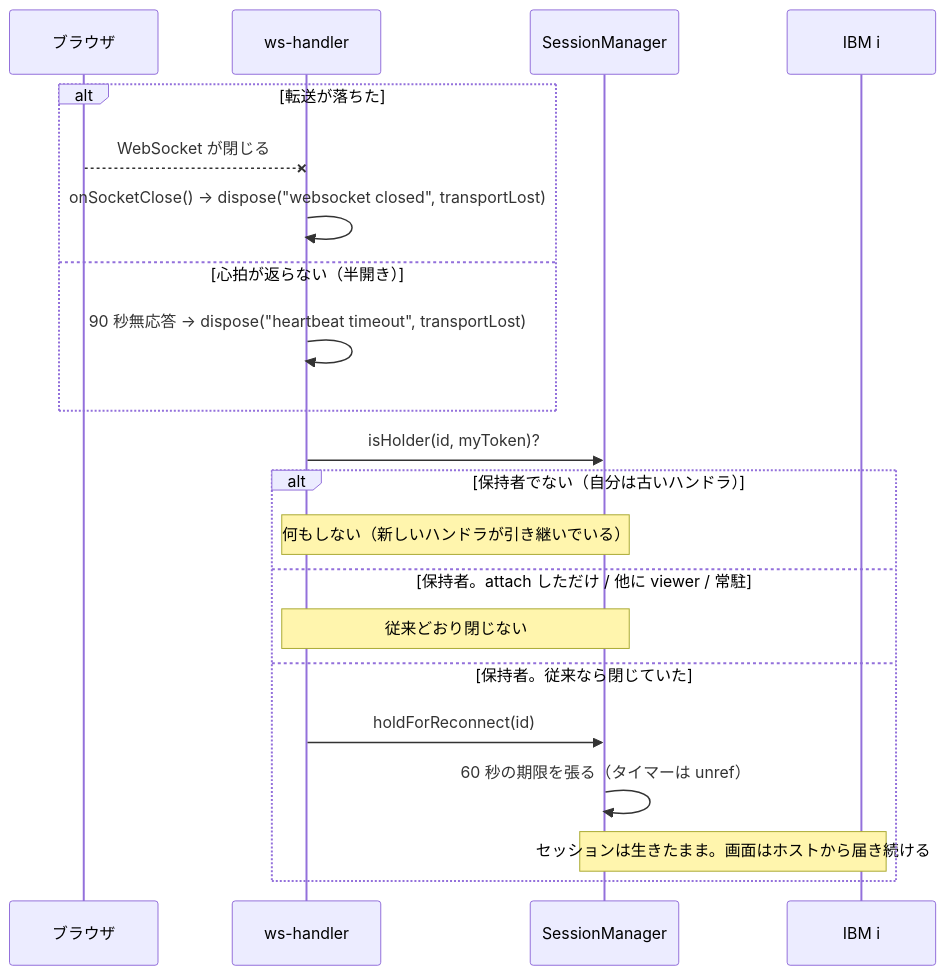
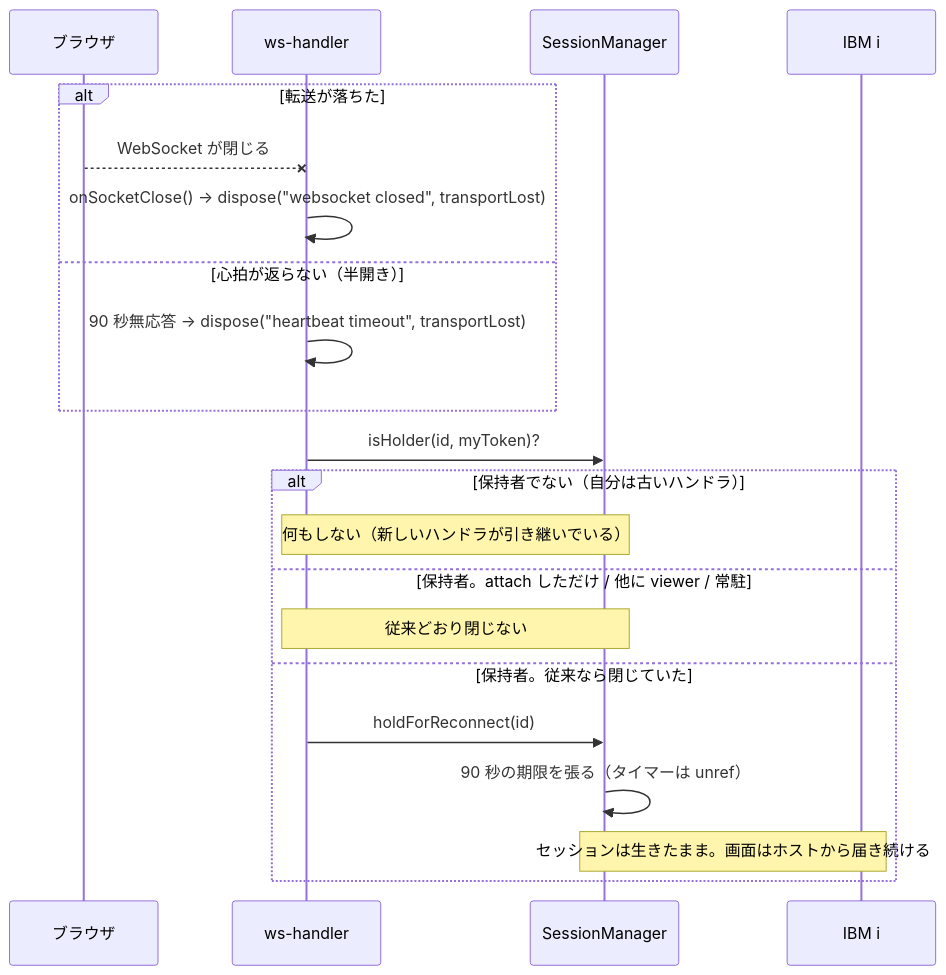
One commit to asaomaro/ts5250 changed the first of 2 diagrams in .aidev/works/20260908-session-survives-disconnect/design.md. Above: the diagram before and after it, drawn with Mermaid. The commit also changed other lines of this file and 7 other files, not shown here.

````diff
--- a/.aidev/works/20260908-session-survives-disconnect/design.md
+++ b/.aidev/works/20260908-session-survives-disconnect/design.md
@@ -133,23 +134,23 @@
 ```mermaid
 sequenceDiagram
   participant B as ブラウザ
   participant H as ws-handler
   participant M as SessionManager
   participant I as IBM i
   alt 転送が落ちた
     B--xH: WebSocket が閉じる
     H->>H: onSocketClose() → dispose("websocket closed", transportLost)
   else 心拍が返らない（半開き）
     H->>H: 90 秒無応答 → dispose("heartbeat timeout", transportLost)
   end
   H->>M: isHolder(id, myToken)?
   alt 保持者でない（自分は古いハンドラ）
     Note over H,M: 何もしない（新しいハンドラが引き継いでいる）
   else 保持者。attach しただけ / 他に viewer / 常駐
     Note over H,M: 従来どおり閉じない
   else 保持者。従来なら閉じていた
     H->>M: holdForReconnect(id)
-    M->>M: 60 秒の期限を張る（タイマーは unref）
+    M->>M: 90 秒の期限を張る（タイマーは unref）
     Note over M,I: セッションは生きたまま。画面はホストから届き続ける
   end
 ```
````
